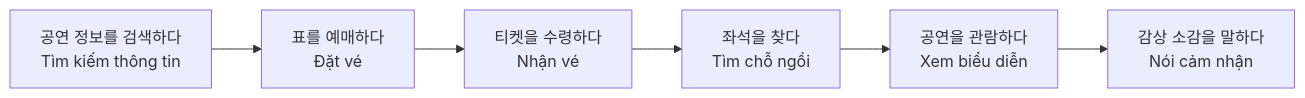
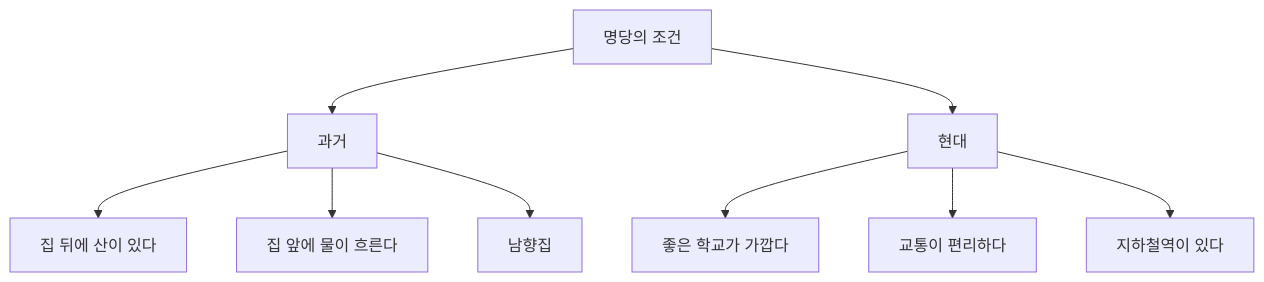
Before and after one commit to khieu-dv/vievlog: the third of 3 diagrams in src/content/soft-skills/korean/bai-6.md, drawn with Mermaid. The commit also changed other lines of this file and 6 other files, not shown here.

````diff
--- a/src/content/soft-skills/korean/bai-6.md
+++ b/src/content/soft-skills/korean/bai-6.md
@@ -157,8 +226,11 @@
 ```mermaid
-graph LR
-    A[공연 정보를 검색하다<br/>Tìm kiếm thông tin] --> B[표를 예매하다<br/>Đặt vé]
-    B --> C[티켓을 수령하다<br/>Nhận vé]
-    C --> D[좌석을 찾다<br/>Tìm chỗ ngồi]
-    D --> E[공연을 관람하다<br/>Xem biểu diễn]
-    E --> F[감상 소감을 말하다<br/>Nói cảm nhận]
+graph TD
+    A[명당의 조건] --> B[과거]
+    A --> C[현대]
+    B --> D[집 뒤에 산이 있다]
+    B --> E[집 앞에 물이 흐른다]
+    B --> F[남향집]
+    C --> G[좋은 학교가 가깝다]
+    C --> H[교통이 편리하다]
+    C --> I[지하철역이 있다]
 ```
````
